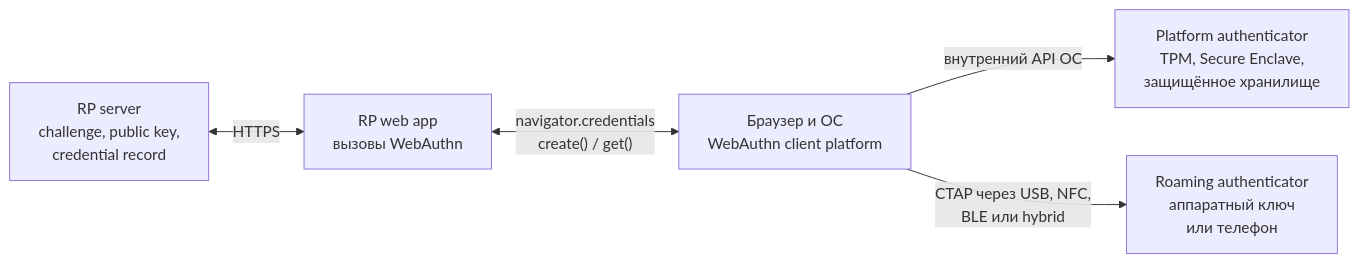
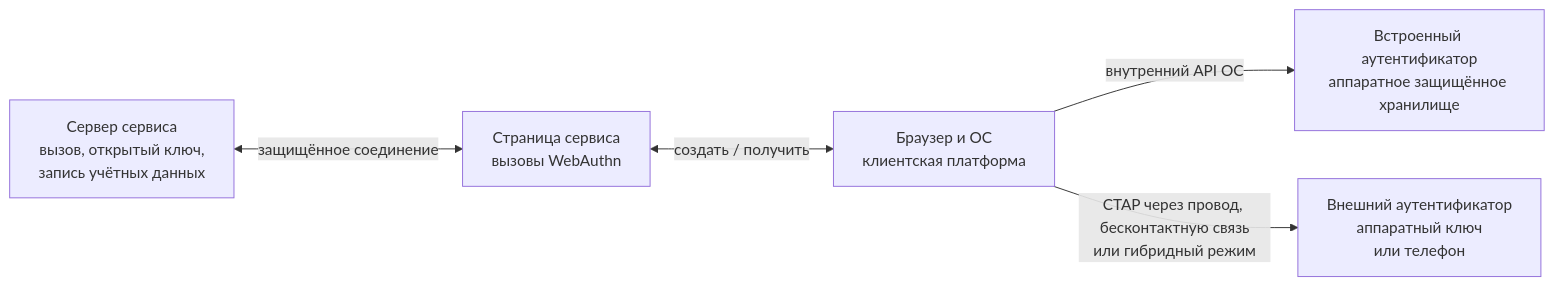
Before and after one commit to zapret-discordyoutube/todo: the first of 3 diagrams in FIDO/fido-protocols.md, drawn with Mermaid. The commit also changed other lines of this file and 8 other files, not shown here.

````diff
--- a/FIDO/fido-protocols.md
+++ b/FIDO/fido-protocols.md
@@ -36,7 +104,7 @@
 ```mermaid
 flowchart LR
-    Server["RP server<br>challenge, public key,<br>credential record"] <-->|"HTTPS"| Page["RP web app<br>вызовы WebAuthn"]
-    Page <-->|"navigator.credentials<br>create() / get()"| Client["Браузер и ОС<br>WebAuthn client platform"]
-    Client -->|"внутренний API ОС"| Platform["Platform authenticator<br>TPM, Secure Enclave,<br>защищённое хранилище"]
-    Client -->|"CTAP через USB, NFC,<br>BLE или hybrid"| Roaming["Roaming authenticator<br>аппаратный ключ<br>или телефон"]
+    Server["Сервер сервиса<br>вызов, открытый ключ,<br>запись учётных данных"] <-->|"защищённое соединение"| Page["Страница сервиса<br>вызовы WebAuthn"]
+    Page <-->|"создать / получить"| Client["Браузер и ОС<br>клиентская платформа"]
+    Client -->|"внутренний API ОС"| Platform["Встроенный аутентификатор<br>аппаратное защищённое хранилище"]
+    Client -->|"CTAP через провод, бесконтактную связь<br>или гибридный режим"| Roaming["Внешний аутентификатор<br>аппаратный ключ<br>или телефон"]
 ```
````
